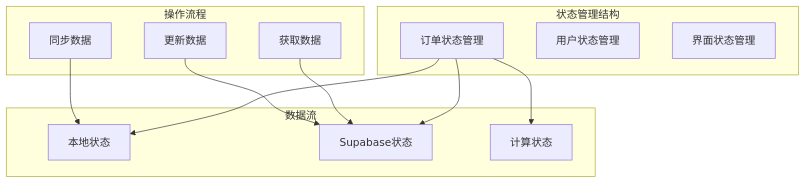
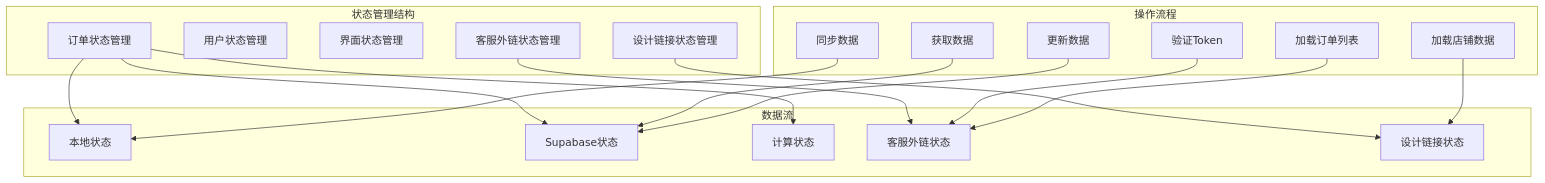
Before and after one commit to SY6621/POD-Order-Management: diagram 15 of 16 in .qoder/repowiki/zh/content/项目概述.md, drawn with Mermaid. The commit also changed other lines of this file and 15 other files, not shown here.

````diff
--- a/.qoder/repowiki/zh/content/项目概述.md
+++ b/.qoder/repowiki/zh/content/项目概述.md
@@ -556,24 +817,36 @@
 ```mermaid
 graph TB
 subgraph "状态管理结构"
 OrderStore[订单状态管理]
 UserStore[用户状态管理]
 UIStore[界面状态管理]
+ServiceLinkStore[客服外链状态管理]
+DesignLinkStore[设计链接状态管理]
 end
 subgraph "数据流"
 LocalState[本地状态]
 SupabaseState[Supabase状态]
 ComputedState[计算状态]
+ServiceLinkState[客服外链状态]
+DesignLinkState[设计链接状态]
 end
 subgraph "操作流程"
 FetchData[获取数据]
 UpdateData[更新数据]
 SyncData[同步数据]
+ValidateToken[验证Token]
+LoadShopData[加载店铺数据]
+LoadOrders[加载订单列表]
 end
 OrderStore --> LocalState
 OrderStore --> SupabaseState
 OrderStore --> ComputedState
+ServiceLinkStore --> ServiceLinkState
+DesignLinkStore --> DesignLinkState
 FetchData --> SupabaseState
 UpdateData --> SupabaseState
 SyncData --> LocalState
+ValidateToken --> ServiceLinkState
+LoadShopData --> DesignLinkState
+LoadOrders --> ServiceLinkState
 ```
````
